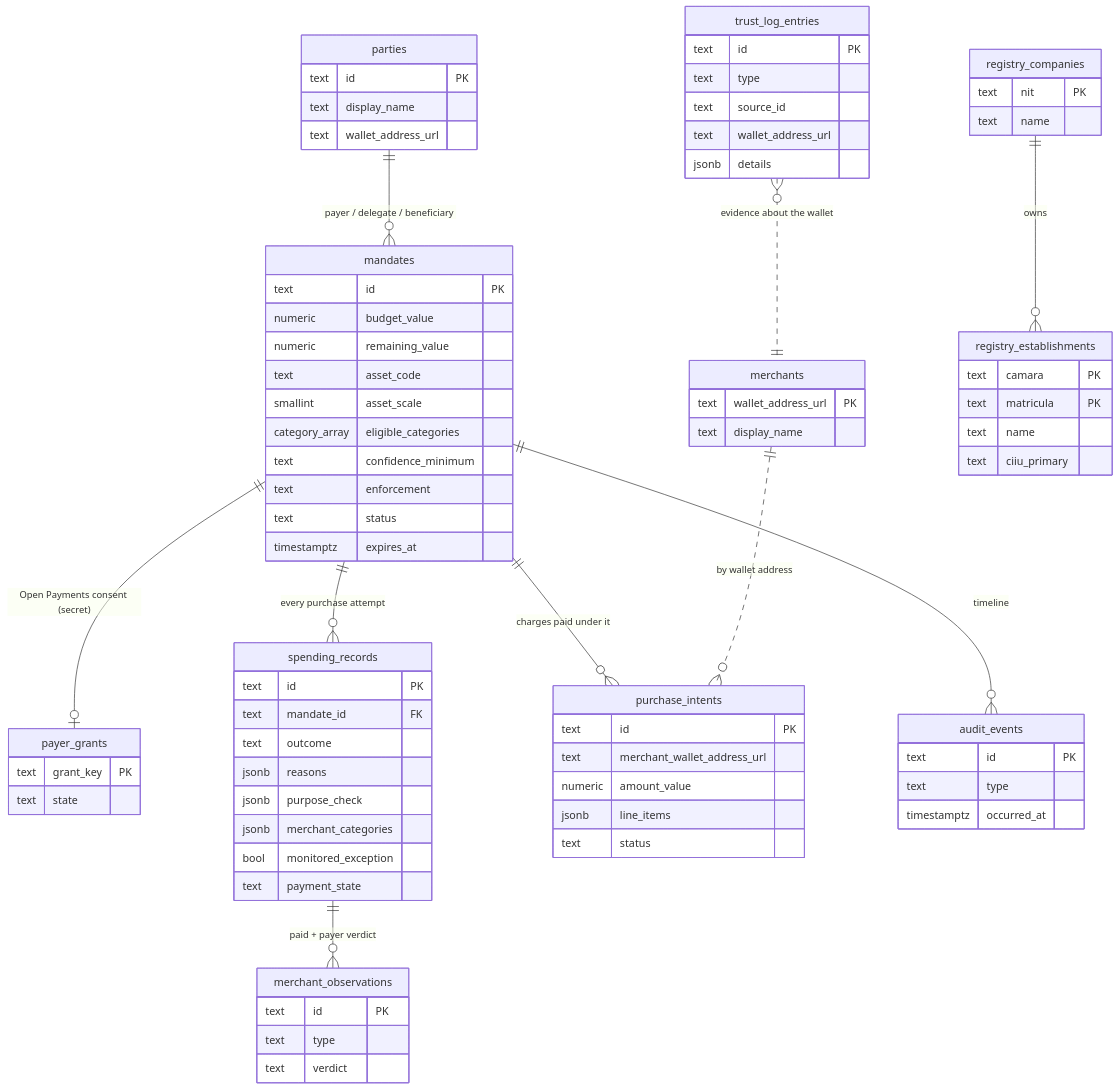
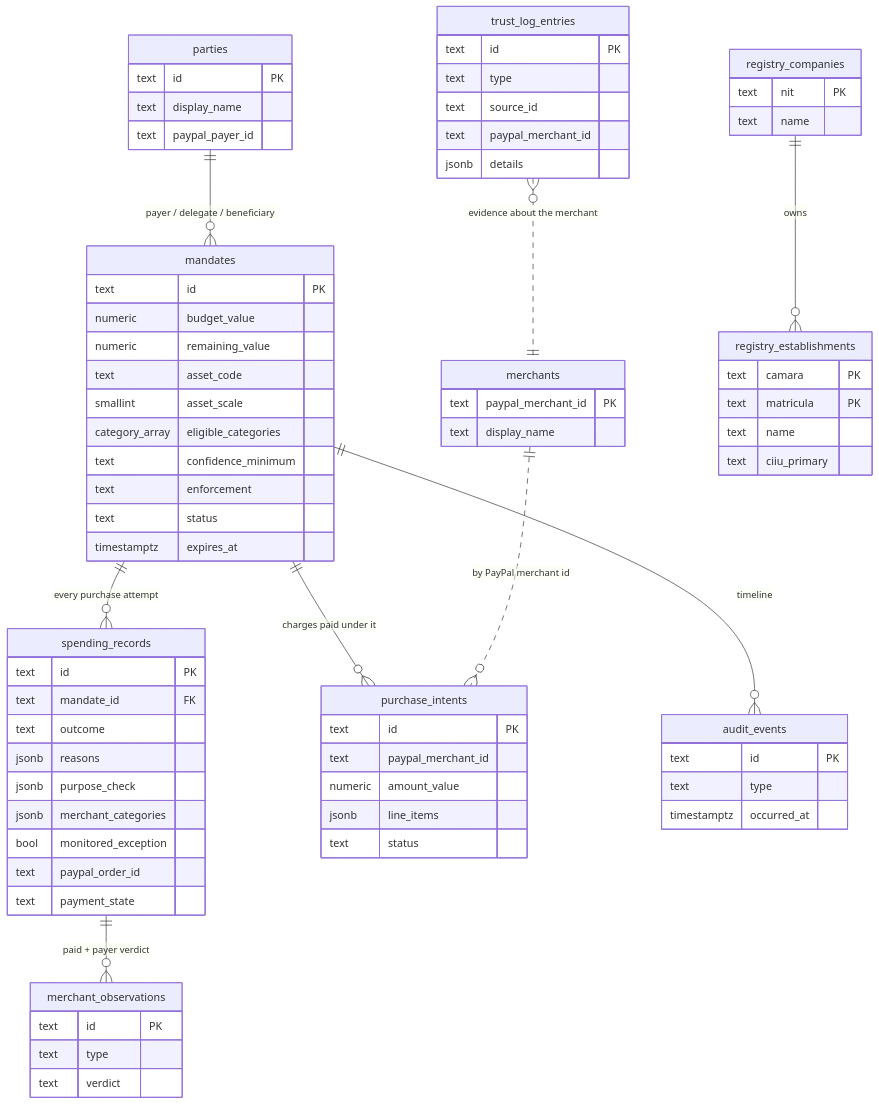
Before and after one commit to Juanqu261/compas-paypal: the diagram in contracts/data-model/README.md, drawn with Mermaid. The commit also changed other lines of this file and 25 other files, not shown here.

````diff
--- a/contracts/data-model/README.md
+++ b/contracts/data-model/README.md
@@ -11,24 +11,22 @@
 ```mermaid
 erDiagram
   parties ||--o{ mandates : "payer / delegate / beneficiary"
-  mandates ||--o| payer_grants : "Open Payments consent (secret)"
   mandates ||--o{ spending_records : "every purchase attempt"
   mandates ||--o{ purchase_intents : "charges paid under it"
-  merchants ||..o{ purchase_intents : "by wallet address"
+  merchants ||..o{ purchase_intents : "by PayPal merchant id"
   spending_records ||--o{ merchant_observations : "paid + payer verdict"
   mandates ||--o{ audit_events : "timeline"
-  trust_log_entries }o..|| merchants : "evidence about the wallet"
+  trust_log_entries }o..|| merchants : "evidence about the merchant"
   registry_companies ||--o{ registry_establishments : "owns"
 
-  parties { text id PK  text display_name  text wallet_address_url }
-  merchants { text wallet_address_url PK  text display_name }
+  parties { text id PK  text display_name  text paypal_payer_id }
+  merchants { text paypal_merchant_id PK  text display_name }
   mandates { text id PK  numeric budget_value  numeric remaining_value  text asset_code  smallint asset_scale  category_array eligible_categories  text confidence_minimum  text enforcement  text status  timestamptz expires_at }
-  purchase_intents { text id PK  text merchant_wallet_address_url  numeric amount_value  jsonb line_items  text status }
-  spending_records { text id PK  text mandate_id FK  text outcome  jsonb reasons  jsonb purpose_check  jsonb merchant_categories  bool monitored_exception  text payment_state }
-  trust_log_entries { text id PK  text type  text source_id  text wallet_address_url  jsonb details }
+  purchase_intents { text id PK  text paypal_merchant_id  numeric amount_value  jsonb line_items  text status }
+  spending_records { text id PK  text mandate_id FK  text outcome  jsonb reasons  jsonb purpose_check  jsonb merchant_categories  bool monitored_exception  text paypal_order_id  text payment_state }
+  trust_log_entries { text id PK  text type  text source_id  text paypal_merchant_id  jsonb details }
   merchant_observations { text id PK  text type  text verdict }
   audit_events { text id PK  text type  timestamptz occurred_at }
-  payer_grants { text grant_key PK  text state }
   registry_companies { text nit PK  text name }
   registry_establishments { text camara PK  text matricula PK  text name  text ciiu_primary }
 ```
````
